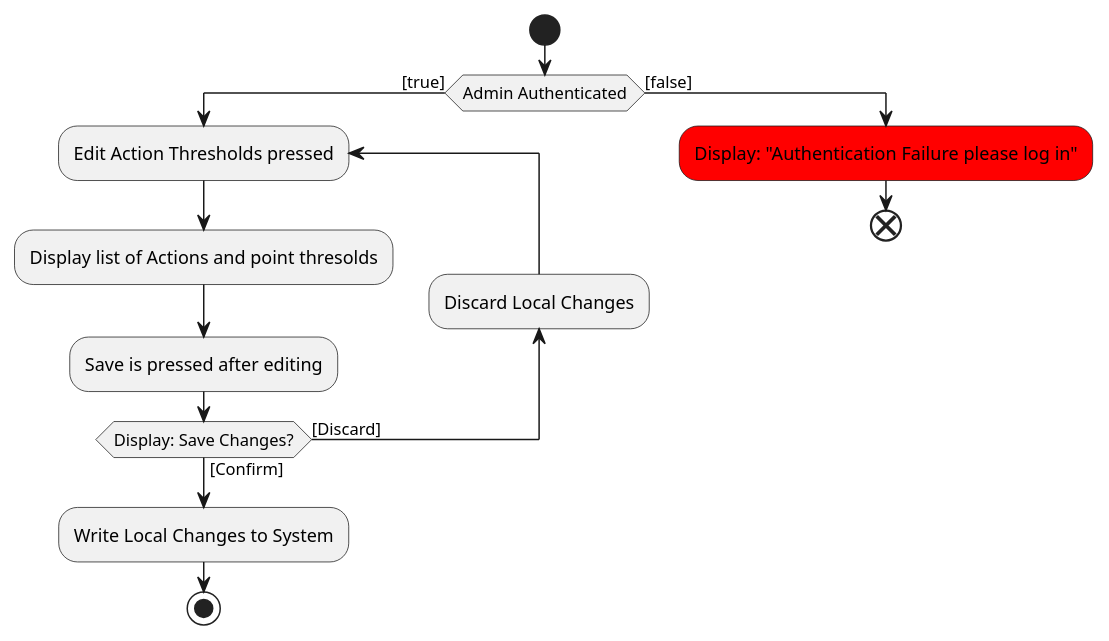
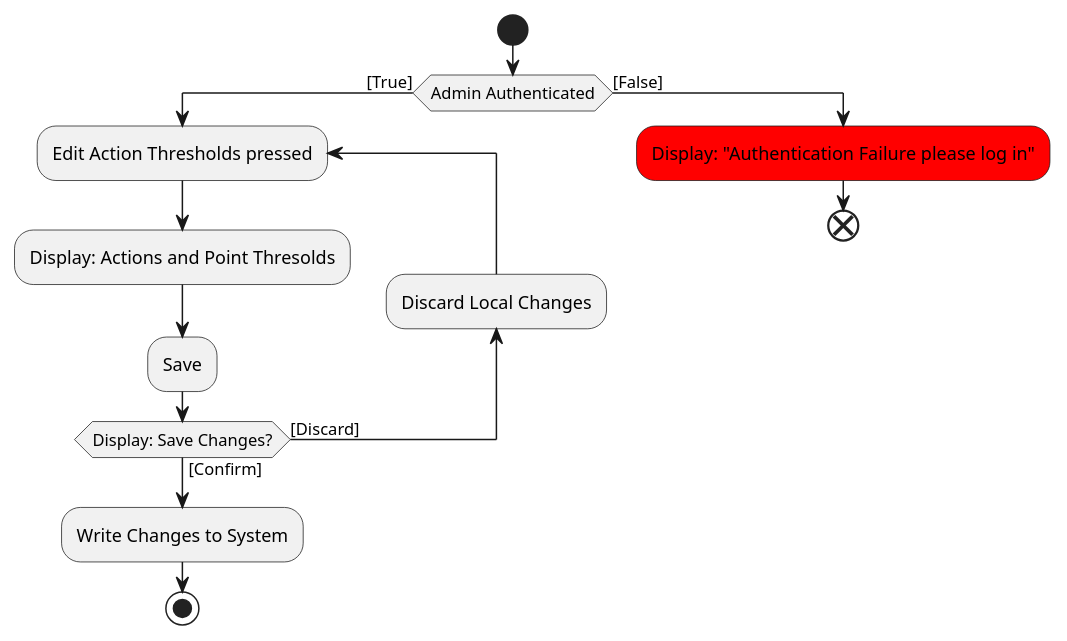
The diagram in Activities/ConfigureActionThresholds.iuml (bmb0136/COMP-3700-Project), drawn with PlantUML before and after one commit. The commit also changed 3 other files, not shown here.

Commit message:
Updates Activity Diagrams

```diff
--- a/Activities/ConfigureActionThresholds.iuml
+++ b/Activities/ConfigureActionThresholds.iuml
@@ -1,15 +1,15 @@
 @startuml ConfigureActionThresholds
 start
-if(Admin Authenticated) then ([true])
+if(Admin Authenticated) then ([True])
 repeat :Edit Action Thresholds pressed;
-:Display list of Actions and point thresolds;
-:Save is pressed after editing;
+:Display: Actions and Point Thresolds;
+:Save;
 backward :Discard Local Changes;
 repeat while (Display: Save Changes?) is ([Discard]) not ([Confirm])
-:Write Local Changes to System;
+:Write Changes to System;
 stop
-else ([false])
+else ([False])
 #red:Display: "Authentication Failure please log in";
 end
 endif
 @enduml
```
